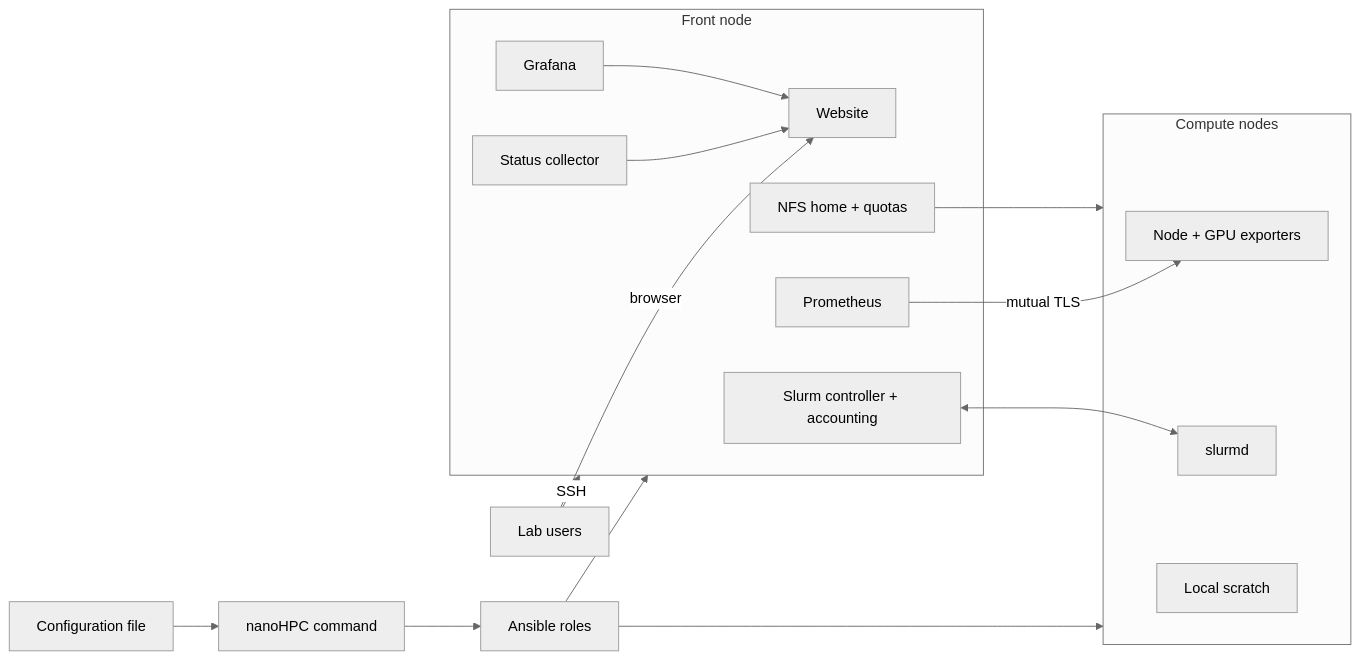
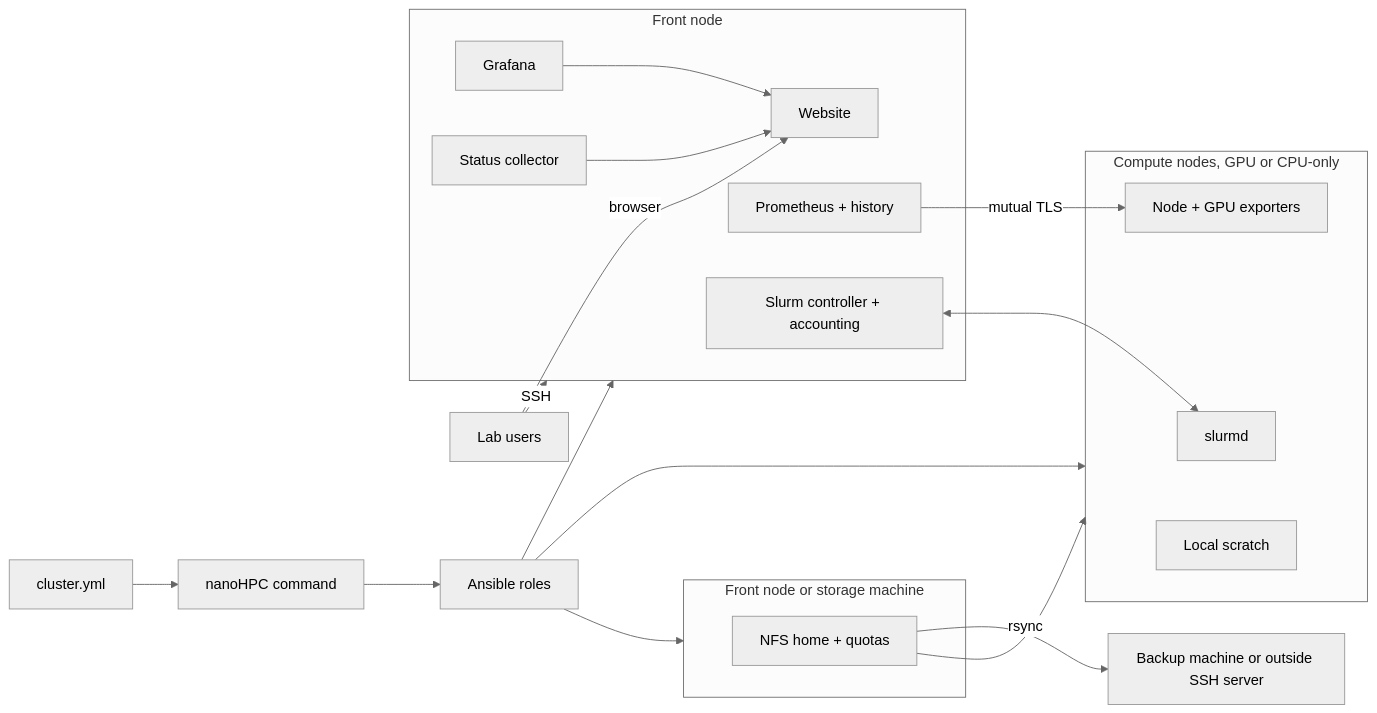
Before and after one commit to enajx/nanoHPC: the second of 2 diagrams in PROJECT.md, drawn with Mermaid (neutral theme). The commit also changed other lines of this file and 5 other files, not shown here.

````diff
--- a/PROJECT.md
+++ b/PROJECT.md
@@ -74,30 +81,35 @@
 ```mermaid
 flowchart LR
-  CFG[Configuration file] --> CLI[nanoHPC command]
+  CFG[cluster.yml] --> CLI[nanoHPC command]
   CLI --> ANS[Ansible roles]
   ANS --> FN
   ANS --> CN
+  ANS --> ST
 
   subgraph FN[Front node]
     CTL[Slurm controller + accounting]
-    NFS[NFS home + quotas]
-    PROM[Prometheus]
+    PROM[Prometheus + history]
     GRAF[Grafana]
     COL[Status collector]
     WEB[Website]
   end
 
-  subgraph CN[Compute nodes]
+  subgraph ST[Front node or storage machine]
+    NFS[NFS home + quotas]
+  end
+
+  subgraph CN[Compute nodes, GPU or CPU-only]
     SD[slurmd]
     EXP[Node + GPU exporters]
     SCR[Local scratch]
   end
 
   CTL <--> SD
   NFS --> CN
+  NFS -- rsync --> BK[Backup machine or outside SSH server]
   PROM -- mutual TLS --> EXP
   COL --> WEB
   GRAF --> WEB
   USERS[Lab users] -- SSH --> FN
   USERS -- browser --> WEB
 ```
````
